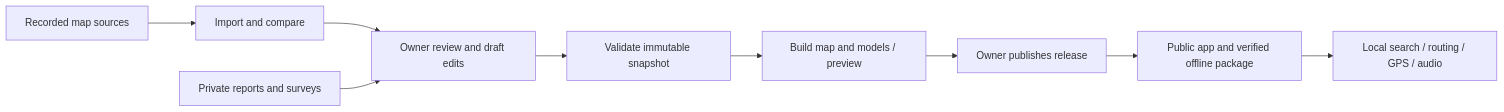
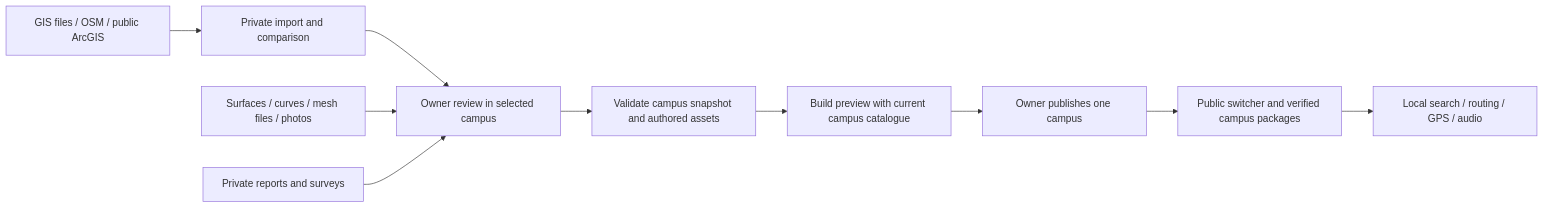
Before and after one commit to mrglasswillbreak/TurnRight: the diagram in README.md, drawn with Mermaid. The commit also changed other lines of this file and 26 other files, not shown here.

````diff
--- a/README.md
+++ b/README.md
@@ -459,11 +481,12 @@
 ```mermaid
 flowchart LR
-    Sources[Recorded map sources] --> Import[Import and compare]
-    Import --> Editor[Owner review and draft edits]
-    Editor --> Snapshot[Validate immutable snapshot]
-    Snapshot --> Preview[Build map and models / preview]
-    Preview --> Publish[Owner publishes release]
-    Publish --> App[Public app and verified offline package]
+    Sources[GIS files / OSM / public ArcGIS] --> Import[Private import and comparison]
+    Import --> Editor[Owner review in selected campus]
+    Models[Surfaces / curves / mesh files / photos] --> Editor
+    Editor --> Snapshot[Validate campus snapshot and authored assets]
+    Snapshot --> Preview[Build preview with current campus catalogue]
+    Preview --> Publish[Owner publishes one campus]
+    Publish --> App[Public switcher and verified campus packages]
     App --> Device[Local search / routing / GPS / audio]
     Reports[Private reports and surveys] --> Editor
 ```
````
